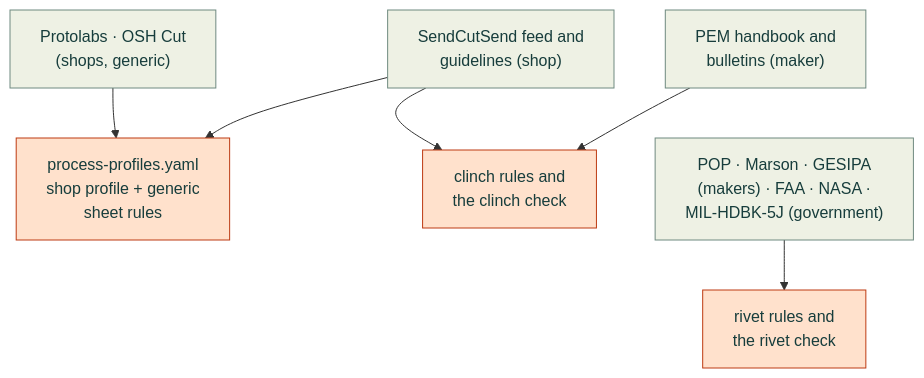
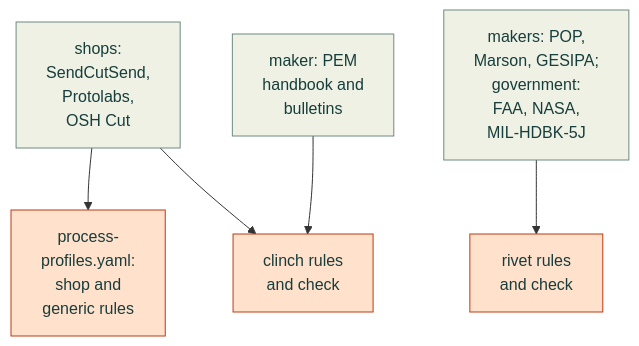
The first of 3 diagrams in research/sheet-metal-guides.md (Valpatel/cad-agent), drawn with Mermaid before and after one commit. The commit also changed other lines of this file and 2 other files, not shown here.

First line of the commit message:
Research pages: diagrams fit the 1100 px column; second-review fixes

````diff
--- a/research/sheet-metal-guides.md
+++ b/research/sheet-metal-guides.md
@@ -22,14 +22,12 @@
 ```mermaid
 flowchart TD
-    S["SendCutSend feed and<br/>guidelines (shop)"] --> P["process-profiles.yaml<br/>shop profile + generic<br/>sheet rules"]
-    G["Protolabs · OSH Cut<br/>(shops, generic)"] --> P
-    H["PEM handbook and<br/>bulletins (maker)"] --> C["clinch rules and<br/>the clinch check"]
-    S ~~~ V["POP · Marson · GESIPA<br/>(makers) · FAA · NASA ·<br/>MIL-HDBK-5J (government)"]
-    V --> K["rivet rules and<br/>the rivet check"]
+    S["shops:<br/>SendCutSend,<br/>Protolabs,<br/>OSH Cut"] --> P["process-<br/>profiles.yaml:<br/>shop and<br/>generic rules"]
+    H["maker: PEM<br/>handbook and<br/>bulletins"] --> C["clinch rules<br/>and check"]
+    V["makers: POP,<br/>Marson, GESIPA;<br/>government:<br/>FAA, NASA,<br/>MIL-HDBK-5J"] --> K["rivet rules<br/>and check"]
     S --> C
     classDef here fill:#fffdf5,stroke:#173d3c,color:#173d3c
     classDef near fill:#eef1e4,stroke:#6f8a80,color:#173d3c
     classDef out fill:#ffe1cc,stroke:#bd3a12,color:#173d3c
-    class S,G,H,V near
+    class S,H,V near
     class P,C,K out
 ```
````
